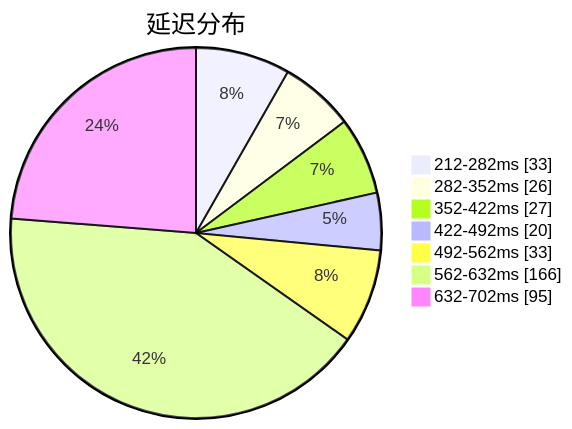
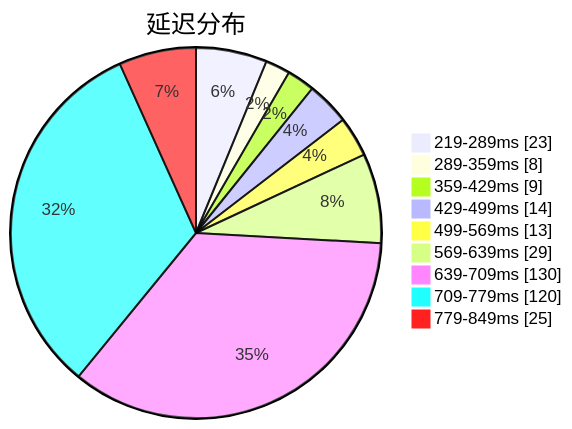
The first of 3 diagrams in subs/statistics/tested_within.md (qjlxg/airport), drawn with Mermaid before and after one commit. The commit also changed other lines of this file and 2 other files, not shown here.

Commit message:
Tested by metaST

````diff
--- a/subs/statistics/tested_within.md
+++ b/subs/statistics/tested_within.md
@@ -2,11 +2,13 @@
 ```mermaid
 pie showData
 title 延迟分布
-"212-282ms" : 33
-"282-352ms" : 26
-"352-422ms" : 27
-"422-492ms" : 20
-"492-562ms" : 33
-"562-632ms" : 166
-"632-702ms" : 95
+"219-289ms" : 23
+"289-359ms" : 8
+"359-429ms" : 9
+"429-499ms" : 14
+"499-569ms" : 13
+"569-639ms" : 29
+"639-709ms" : 130
+"709-779ms" : 120
+"779-849ms" : 25
 ```
````
